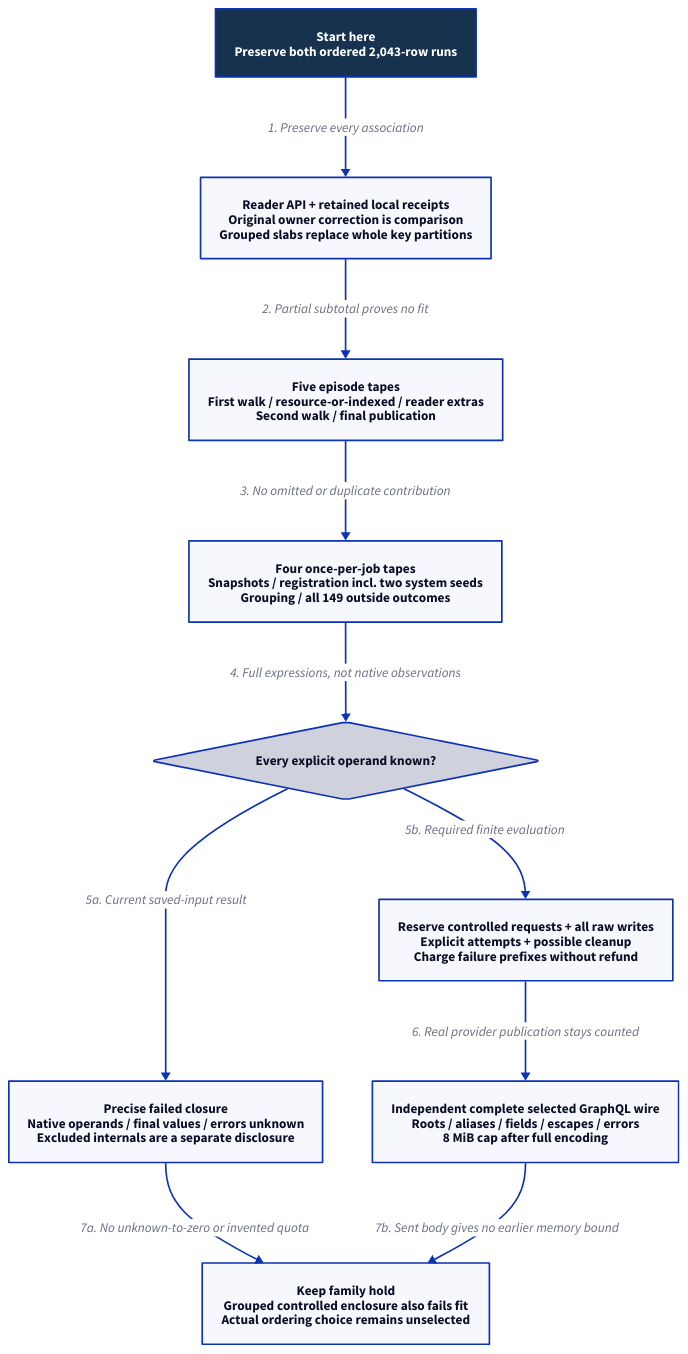
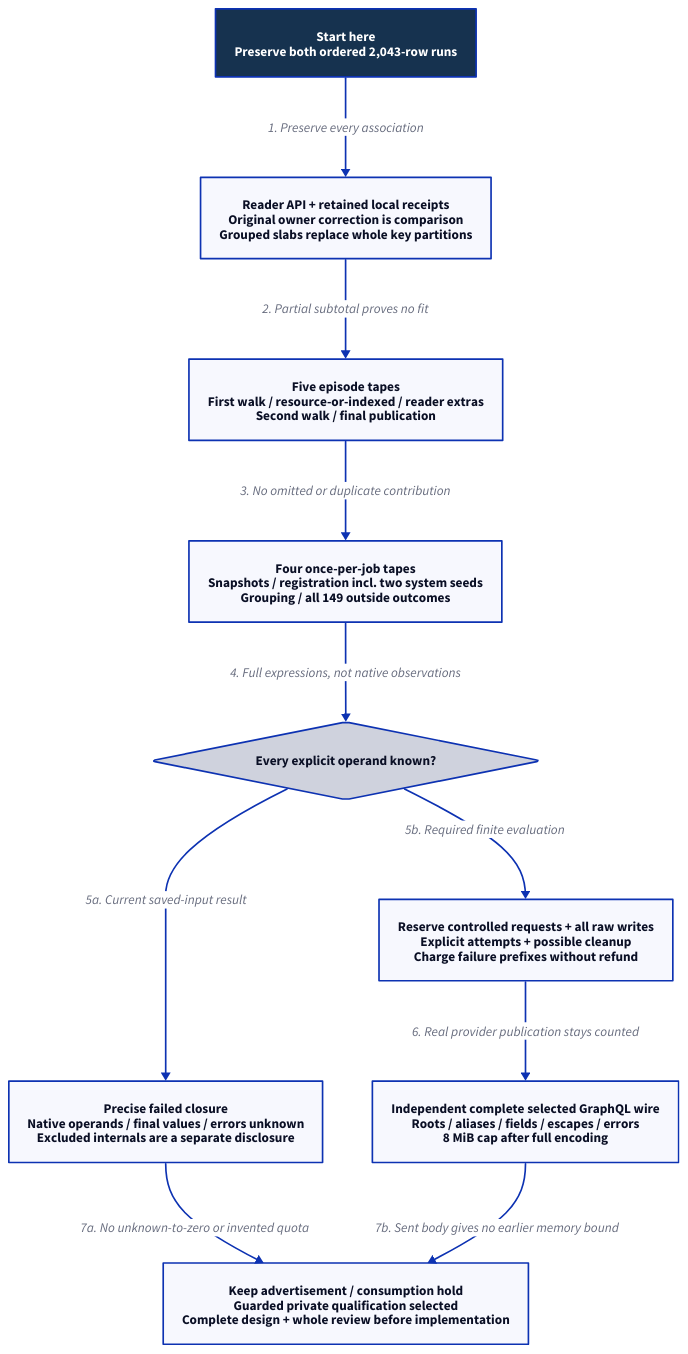
One commit to Linkuistics/Koine changed the diagram in docs/design/architecture/native-metadata-composition.d2. Above: the diagram before and after it, drawn with D2. The commit also changed 54 other files, not shown here.

Commit message:
Select guarded private application qualification (application-metadata-acceptance-ordering-k235)

```diff
--- a/docs/design/architecture/native-metadata-composition.d2
+++ b/docs/design/architecture/native-metadata-composition.d2
@@ -1,23 +1,23 @@
 direction: down
 start: "Start here\nPreserve both ordered 2,043-row runs" {
  style.fill: "#16324f"
  style.font-color: white
  style.bold: true
 }
 known: "Reader API + retained local receipts\nOriginal owner correction is comparison\nGrouped slabs replace whole key partitions"
 episodes: "Five episode tapes\nFirst walk / resource-or-indexed / reader extras\nSecond walk / final publication"
 job: "Four once-per-job tapes\nSnapshots / registration incl. two system seeds\nGrouping / all 149 outside outcomes"
 complete: "Every explicit operand known?" { shape: diamond }
 reserve: "Reserve controlled requests + all raw writes\nExplicit attempts + possible cleanup\nCharge failure prefixes without refund"
 unknown: "Precise failed closure\nNative operands / final values / errors unknown\nExcluded internals are a separate disclosure"
 wire: "Independent complete selected GraphQL wire\nRoots / aliases / fields / escapes / errors\n8 MiB cap after full encoding"
-hold: "Keep family hold\nGrouped controlled enclosure also fails fit\nActual ordering choice remains unselected"
+hold: "Keep advertisement / consumption hold\nGuarded private qualification selected\nComplete design + whole review before implementation"
 start -> known: "1. Preserve every association"
 known -> episodes: "2. Partial subtotal proves no fit"
 episodes -> job: "3. No omitted or duplicate contribution"
 job -> complete: "4. Full expressions, not native observations"
 complete -> unknown: "5a. Current saved-input result"
 complete -> reserve: "5b. Required finite evaluation"
 reserve -> wire: "6. Real provider publication stays counted"
 unknown -> hold: "7a. No unknown-to-zero or invented quota"
 wire -> hold: "7b. Sent body gives no earlier memory bound"
```
